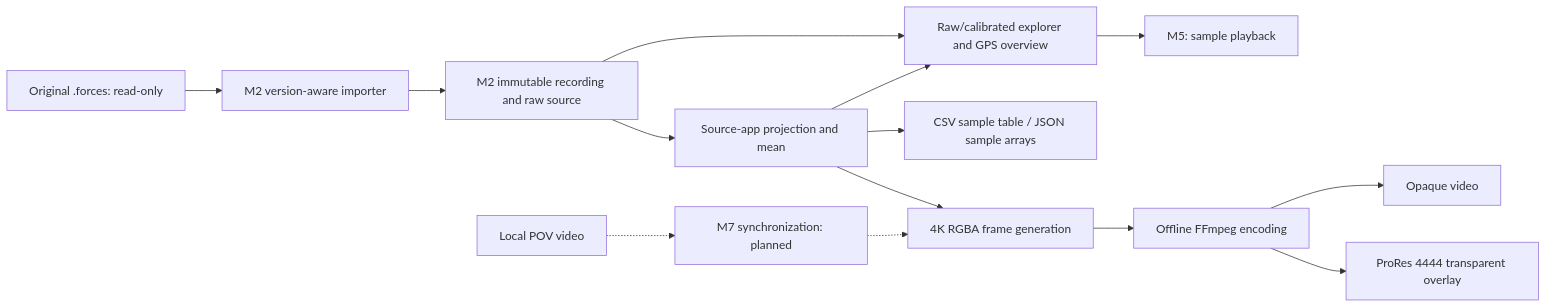
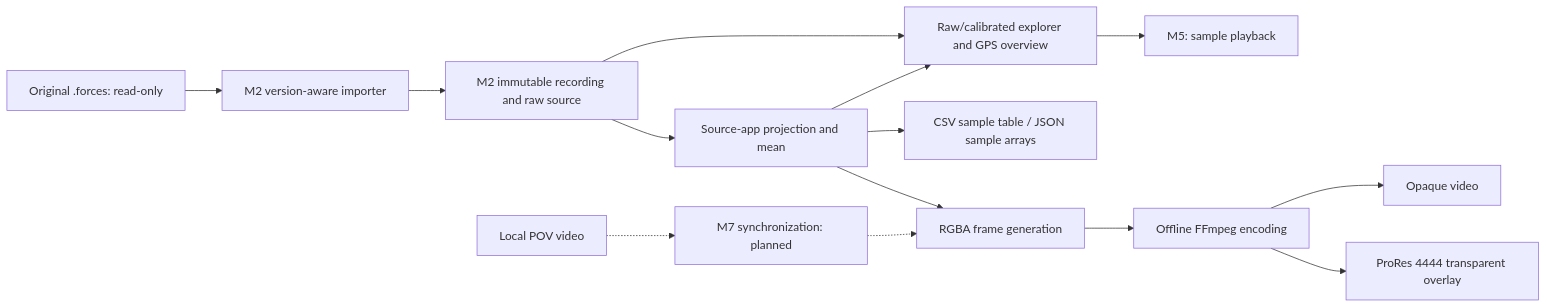
One commit to rudnerbjoern/ride-forces-analyzer changed the diagram in docs/architecture/04_solution_strategy.md. Above: the diagram before and after it, drawn with Mermaid. The commit also changed other lines of this file and 46 other files, not shown here.

````diff
--- a/docs/architecture/04_solution_strategy.md
+++ b/docs/architecture/04_solution_strategy.md
@@ -13,16 +13,16 @@
 ```mermaid
 flowchart LR
     Original["Original .forces: read-only"] --> Importer["M2 version-aware importer"]
     Importer --> Canonical["M2 immutable recording and raw source"]
     Canonical --> Analysis["Source-app projection and mean"]
     Canonical --> Explorer["Raw/calibrated explorer and GPS overview"]
     Analysis --> Explorer
     Analysis --> Data["CSV sample table / JSON sample arrays"]
     Explorer --> Playback["M5: sample playback"]
-    Analysis --> Frames["4K RGBA frame generation"]
+    Analysis --> Frames["RGBA frame generation"]
     Frames --> Encoder["Offline FFmpeg encoding"]
     Encoder --> Opaque["Opaque video"]
     Encoder --> Overlay["ProRes 4444 transparent overlay"]
     POV["Local POV video"] -.-> Sync["M7 synchronization: planned"]
     Sync -.-> Frames
 ```
````
